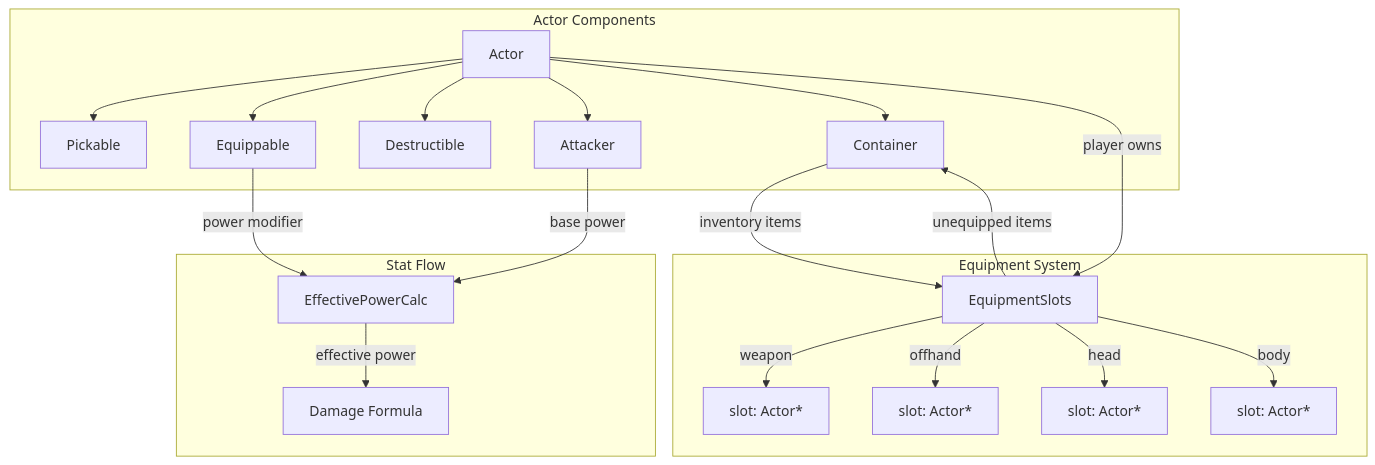
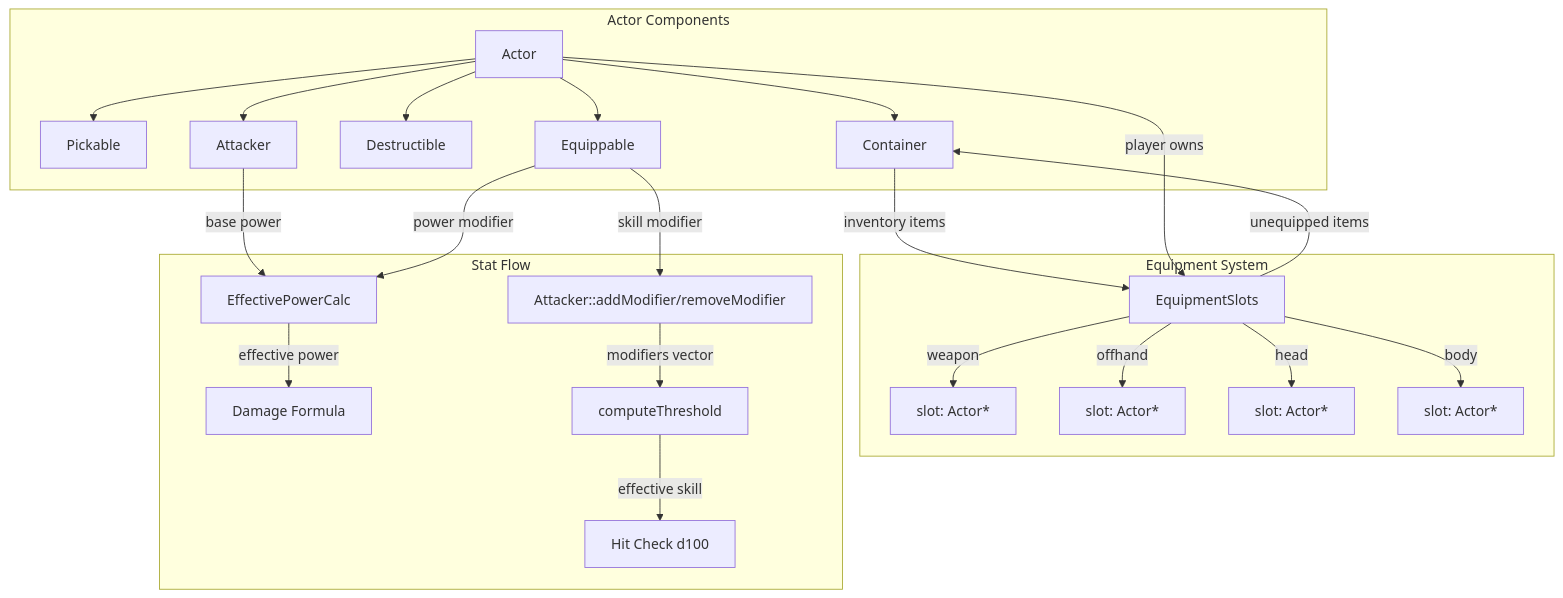
Before and after one commit to jon-lad/40kRL: the diagram in .kiro/specs/equipment-system/design.md, drawn with Mermaid. The commit also changed other lines of this file and 5 other files, not shown here.

````diff
--- a/.kiro/specs/equipment-system/design.md
+++ b/.kiro/specs/equipment-system/design.md
@@ -18,27 +18,30 @@
 ```mermaid
 graph TD
     subgraph Actor Components
         A[Actor] --> P[Pickable]
         A --> E[Equippable]
         A --> D[Destructible]
         A --> AT[Attacker]
         A --> C[Container]
     end
 
     subgraph Equipment System
         ES[EquipmentSlots] --> |weapon| SLOT_W[slot: Actor*]
         ES --> |offhand| SLOT_O[slot: Actor*]
         ES --> |head| SLOT_H[slot: Actor*]
         ES --> |body| SLOT_B[slot: Actor*]
     end
 
     subgraph Stat Flow
         AT -->|base power| EPC[EffectivePowerCalc]
         E -->|power modifier| EPC
         EPC -->|effective power| DMG[Damage Formula]
+        E -->|skill modifier| ATTMOD[Attacker::addModifier/removeModifier]
+        ATTMOD -->|modifiers vector| THR[computeThreshold]
+        THR -->|effective skill| HIT[Hit Check d100]
     end
 
     C -->|inventory items| ES
     ES -->|unequipped items| C
     A -->|player owns| ES
 ```
````
